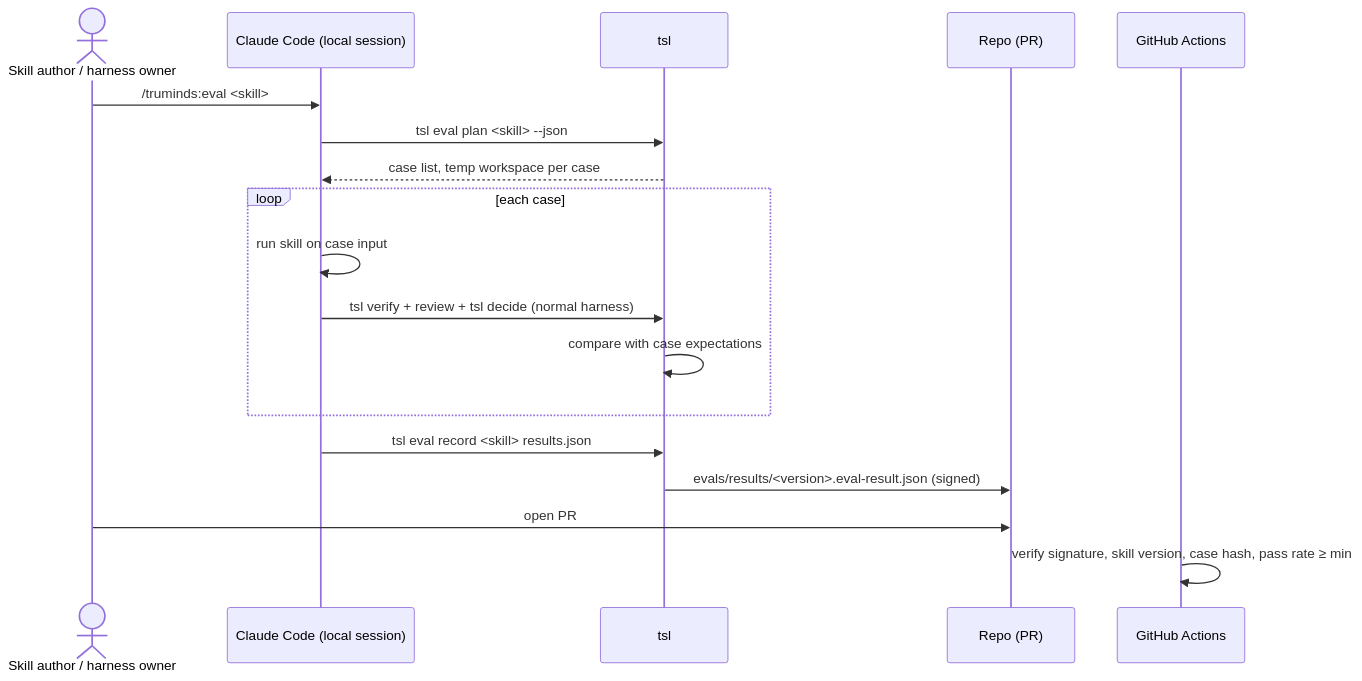
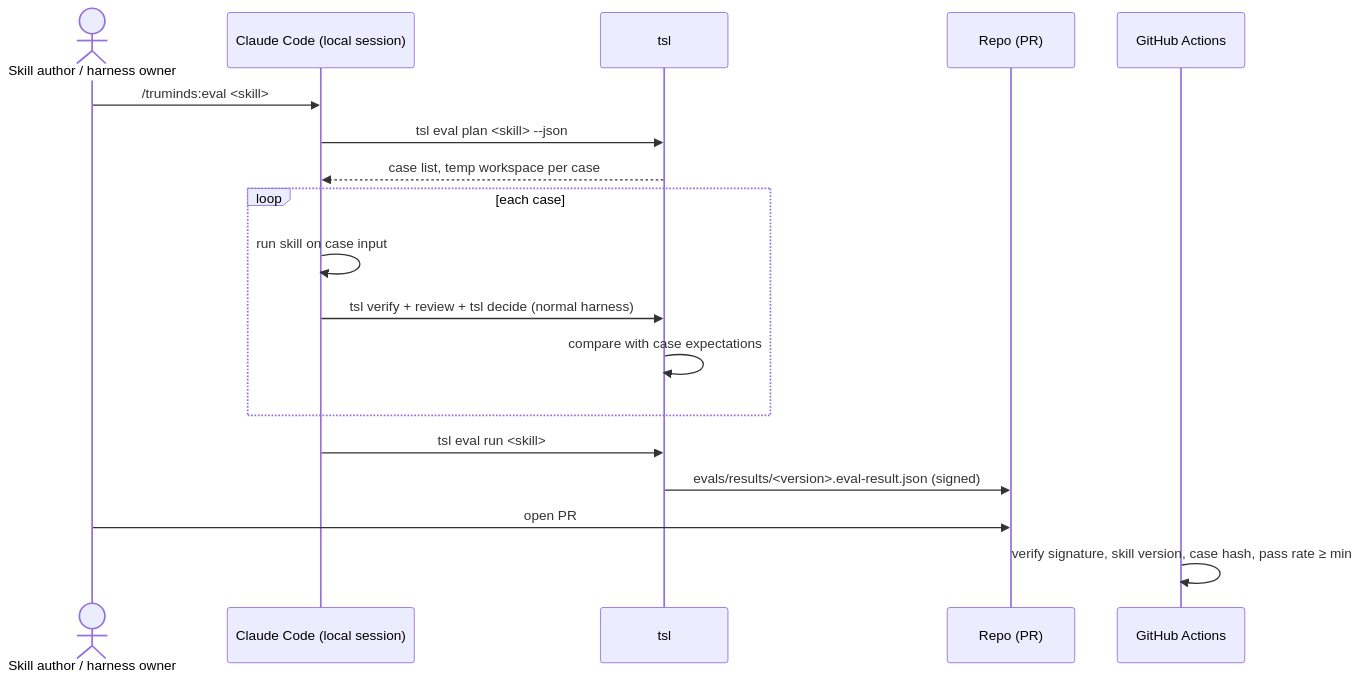
One commit to puneetsinghnanda/AI-Skill-Library changed the second of 3 diagrams in docs/testing/TST-01-master-test-plan.md. Above: the diagram before and after it, drawn with Mermaid. The commit also changed other lines of this file and 30 other files, not shown here.

````diff
--- a/docs/testing/TST-01-master-test-plan.md
+++ b/docs/testing/TST-01-master-test-plan.md
@@ -189,20 +189,20 @@
 ```mermaid
 sequenceDiagram
   actor A as Skill author / harness owner
   participant CC as Claude Code (local session)
   participant T as tsl
   participant R as Repo (PR)
   participant CI as GitHub Actions
   A->>CC: /truminds:eval <skill>
   CC->>T: tsl eval plan <skill> --json
   T-->>CC: case list, temp workspace per case
   loop each case
     CC->>CC: run skill on case input
     CC->>T: tsl verify + review + tsl decide (normal harness)
     T->>T: compare with case expectations
   end
-  CC->>T: tsl eval record <skill> results.json
+  CC->>T: tsl eval run <skill>
   T->>R: evals/results/<version>.eval-result.json (signed)
   A->>R: open PR
   CI->>CI: verify signature, skill version, case hash, pass rate ≥ min
 ```
````
